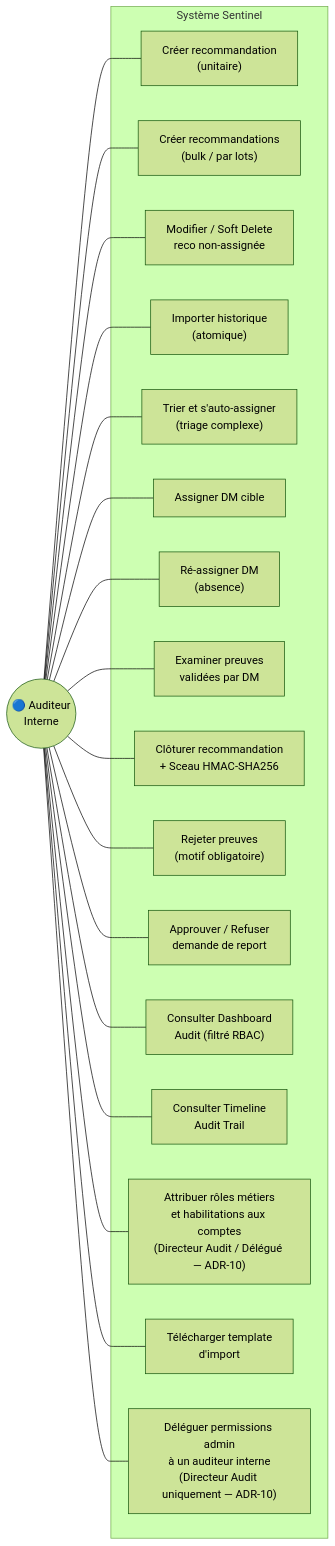
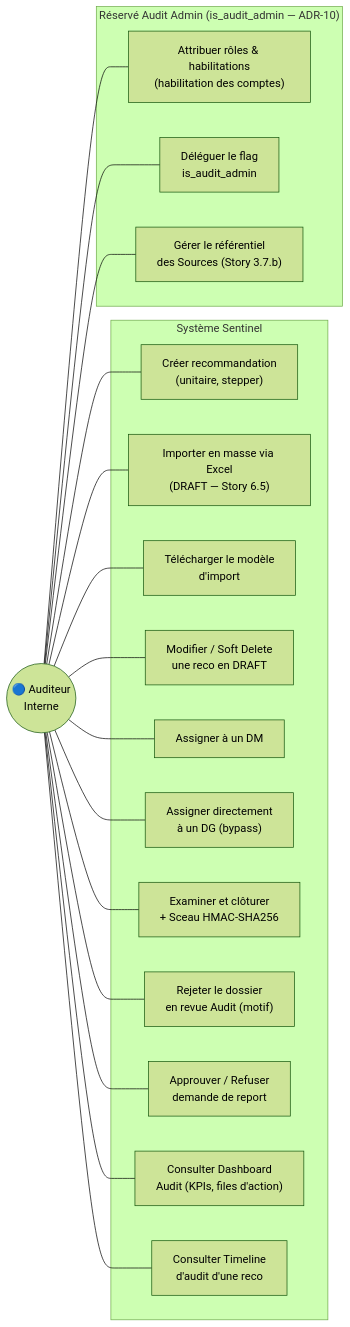
Diagram 15 of 22 in _bmad-output/planning-artifacts/system-diagrams.md (Tchendjou2003/bicec--Sentinel), drawn with Mermaid (forest theme) before and after one commit. The commit also changed other lines of this file and 6 other files, not shown here.

First line of the commit message:
chore(bmad): hygiène stories + sprint-status + story 5.1 + diagrammes v2.0

````diff
--- a/_bmad-output/planning-artifacts/system-diagrams.md
+++ b/_bmad-output/planning-artifacts/system-diagrams.md
@@ -880,40 +1033,39 @@
 ```mermaid
 flowchart LR
     subgraph "Système Sentinel"
-        UC1["Créer recommandation\n(unitaire)"]
-        UC2["Créer recommandations\n(bulk / par lots)"]
-        UC3["Modifier / Soft Delete\nreco non-assignée"]
-        UC4["Importer historique\n(atomique)"]
-        UC5["Trier et s'auto-assigner\n(triage complexe)"]
-        UC6["Assigner DM cible"]
-        UC7["Ré-assigner DM\n(absence)"]
-        UC8["Examiner preuves\nvalidées par DM"]
-        UC9["Clôturer recommandation\n+ Sceau HMAC-SHA256"]
-        UC10["Rejeter preuves\n(motif obligatoire)"]
-        UC11["Approuver / Refuser\ndemande de report"]
-        UC12["Consulter Dashboard\nAudit (filtré RBAC)"]
-        UC13["Consulter Timeline\nAudit Trail"]
-        UC14["Attribuer rôles métiers\net habilitations aux comptes\n(Directeur Audit / Délégué — ADR-10)"]
-        UC15["Télécharger template\nd'import"]
-        UC16["Déléguer permissions admin\nà un auditeur interne\n(Directeur Audit uniquement — ADR-10)"]
+        UC1["Créer recommandation\n(unitaire, stepper)"]
+        UC2["Importer en masse via Excel\n(DRAFT — Story 6.5)"]
+        UC3["Télécharger le modèle\nd'import"]
+        UC4["Modifier / Soft Delete\nune reco en DRAFT"]
+        UC5["Assigner à un DM"]
+        UC6["Assigner directement\nà un DG (bypass)"]
+        UC7["Examiner et clôturer\n+ Sceau HMAC-SHA256"]
+        UC8["Rejeter le dossier\nen revue Audit (motif)"]
+        UC9["Approuver / Refuser\ndemande de report"]
+        UC10["Consulter Dashboard\nAudit (KPIs, files d'action)"]
+        UC11["Consulter Timeline\nd'audit d'une reco"]
+    end
+
+    subgraph "Réservé Audit Admin (is_audit_admin — ADR-10)"
+        UC12["Attribuer rôles & habilitations\n(habilitation des comptes)"]
+        UC13["Déléguer le flag\nis_audit_admin"]
+        UC14["Gérer le référentiel\ndes Sources (Story 3.7.b)"]
     end
 
     AU(("🔵 Auditeur\nInterne"))
 
     AU --- UC1
     AU --- UC2
     AU --- UC3
     AU --- UC4
     AU --- UC5
     AU --- UC6
     AU --- UC7
     AU --- UC8
     AU --- UC9
     AU --- UC10
     AU --- UC11
     AU --- UC12
     AU --- UC13
     AU --- UC14
-    AU --- UC15
-    AU --- UC16
 ```
````
